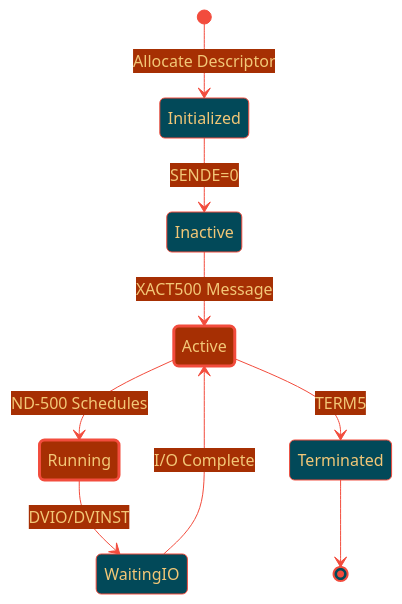
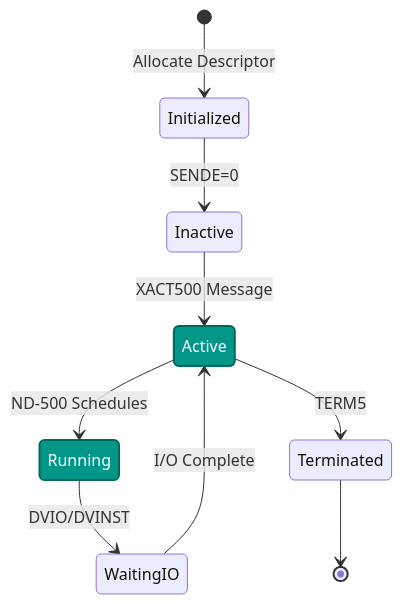
The sixth of 7 diagrams in SINTRAN/OS/05-ND500-DMA-KERNEL.md (HackerCorpLabs/NDInsight), drawn with Mermaid before and after one commit. The commit also changed other lines of this file and 19 other files, not shown here.

Commit message:
Updated Mermaid diagrams

````diff
--- a/SINTRAN/OS/05-ND500-DMA-KERNEL.md
+++ b/SINTRAN/OS/05-ND500-DMA-KERNEL.md
@@ -598,15 +593,14 @@
 ```mermaid
-%%{init: {'theme':'base', 'themeVariables': {'primaryColor':'#024959','primaryTextColor':'#F2C777','primaryBorderColor':'#F24C3D','lineColor':'#F24C3D','secondaryColor':'#A62F03','tertiaryColor':'#F2E8C6'}}}%%
 stateDiagram-v2
     [*] --> Initialized: Allocate Descriptor
     Initialized --> Inactive: SENDE=0
     Inactive --> Active: XACT500 Message
     Active --> Running: ND-500 Schedules
     Running --> WaitingIO: DVIO/DVINST
     WaitingIO --> Active: I/O Complete
     Active --> Terminated: TERM5
     Terminated --> [*]
     
-    style Active fill:#A62F03,stroke:#F24C3D,stroke-width:3px,color:#F2C777
-    style Running fill:#A62F03,stroke:#F24C3D,stroke-width:3px,color:#F2C777
+    style Active fill:#009688,stroke:#00695C,stroke-width:2px,color:#fff
+    style Running fill:#009688,stroke:#00695C,stroke-width:2px,color:#fff
 ```
````
